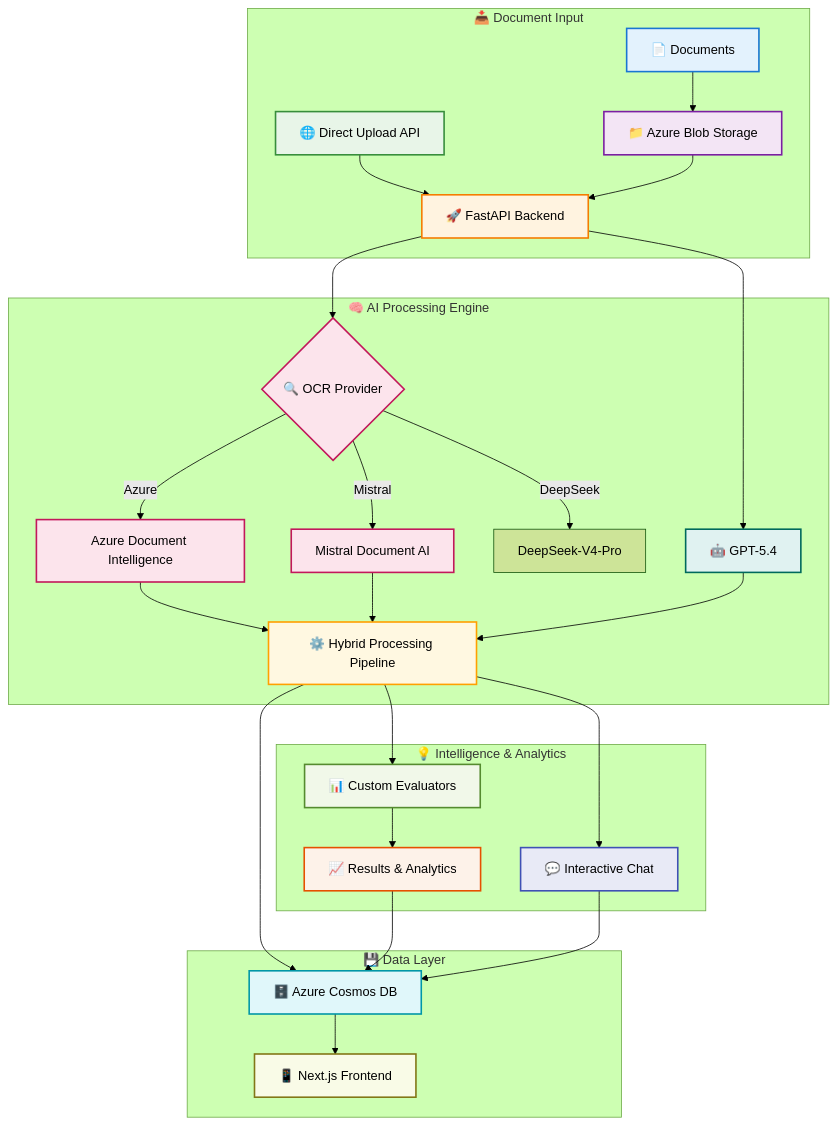
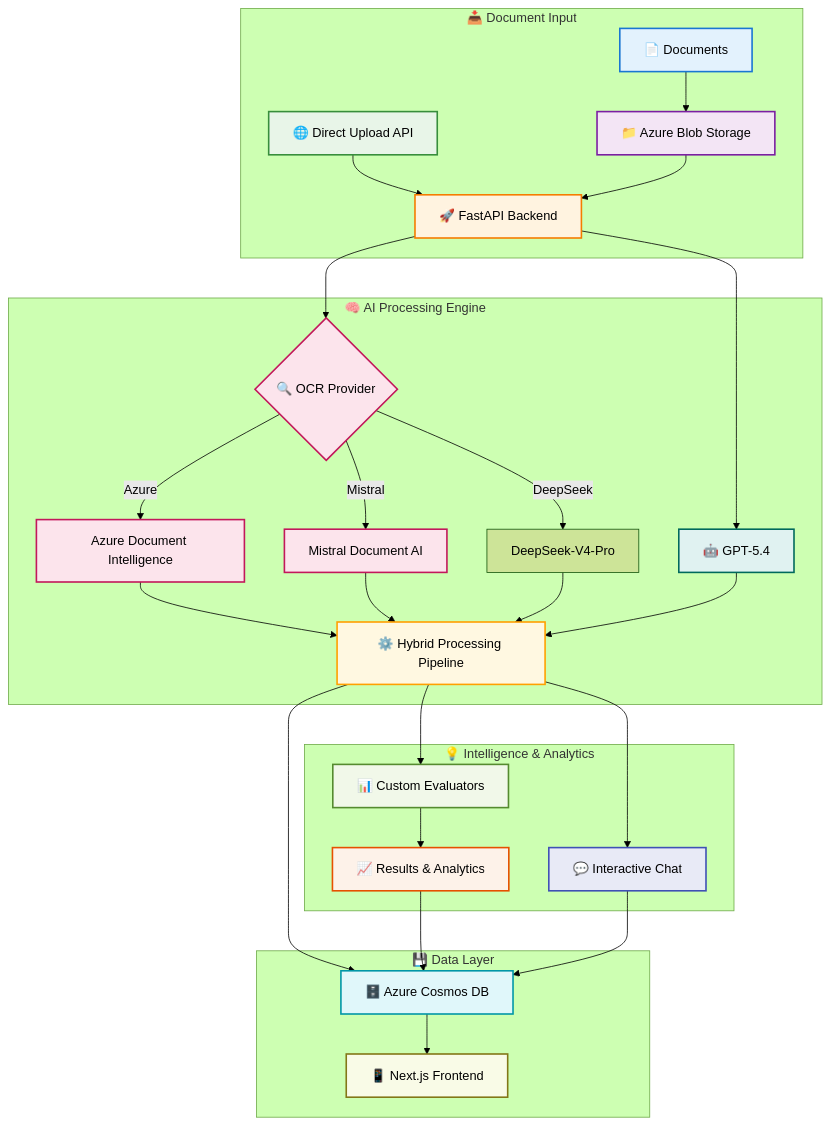
One commit to sjuratov/ARGUS changed the diagram in README.md. Above: the diagram before and after it, drawn with Mermaid (forest theme). The commit also changed 1 other file, not shown here.

Commit message:
Fix README diagram edge and revert unrelated package-lock.json changes

````diff
--- a/README.md
+++ b/README.md
@@ -78,47 +78,48 @@
 ```mermaid
 graph TB
     subgraph "📥 Document Input"
         A[📄 Documents] --> B[📁 Azure Blob Storage]
         C[🌐 Direct Upload API] --> D[🚀 FastAPI Backend]
     end
     
     subgraph "🧠 AI Processing Engine"
         B --> D
         D --> E{🔍 OCR Provider}
         E -->|Azure| E1[Azure Document Intelligence]
         E -->|Mistral| E2[Mistral Document AI]
         E -->|DeepSeek| E3[DeepSeek-V4-Pro]
         D --> F[🤖 GPT-5.4]
         E1 --> G[⚙️ Hybrid Processing Pipeline]
         E2 --> G
+        E3 --> G
         F --> G
     end
     
     subgraph "💡 Intelligence & Analytics"
         G --> H[📊 Custom Evaluators]
         G --> I[💬 Interactive Chat]
         H --> J[📈 Results & Analytics]
     end
     
     subgraph "💾 Data Layer"
         G --> K[🗄️ Azure Cosmos DB]
         J --> K
         I --> K
         K --> L[📱 Next.js Frontend]
     end
     
     style A fill:#e3f2fd,stroke:#1976d2,stroke-width:2px
     style B fill:#f3e5f5,stroke:#7b1fa2,stroke-width:2px
     style C fill:#e8f5e8,stroke:#388e3c,stroke-width:2px
     style D fill:#fff3e0,stroke:#f57c00,stroke-width:2px
     style E fill:#fce4ec,stroke:#c2185b,stroke-width:2px
     style E1 fill:#fce4ec,stroke:#c2185b,stroke-width:2px
     style E2 fill:#fce4ec,stroke:#c2185b,stroke-width:2px
     style F fill:#e0f2f1,stroke:#00695c,stroke-width:2px
     style G fill:#fff8e1,stroke:#ffa000,stroke-width:2px
     style H fill:#f1f8e9,stroke:#558b2f,stroke-width:2px
     style I fill:#e8eaf6,stroke:#3f51b5,stroke-width:2px
     style J fill:#fdf2e9,stroke:#e65100,stroke-width:2px
     style K fill:#e0f7fa,stroke:#0097a7,stroke-width:2px
     style L fill:#f9fbe7,stroke:#827717,stroke-width:2px
 ```
````
